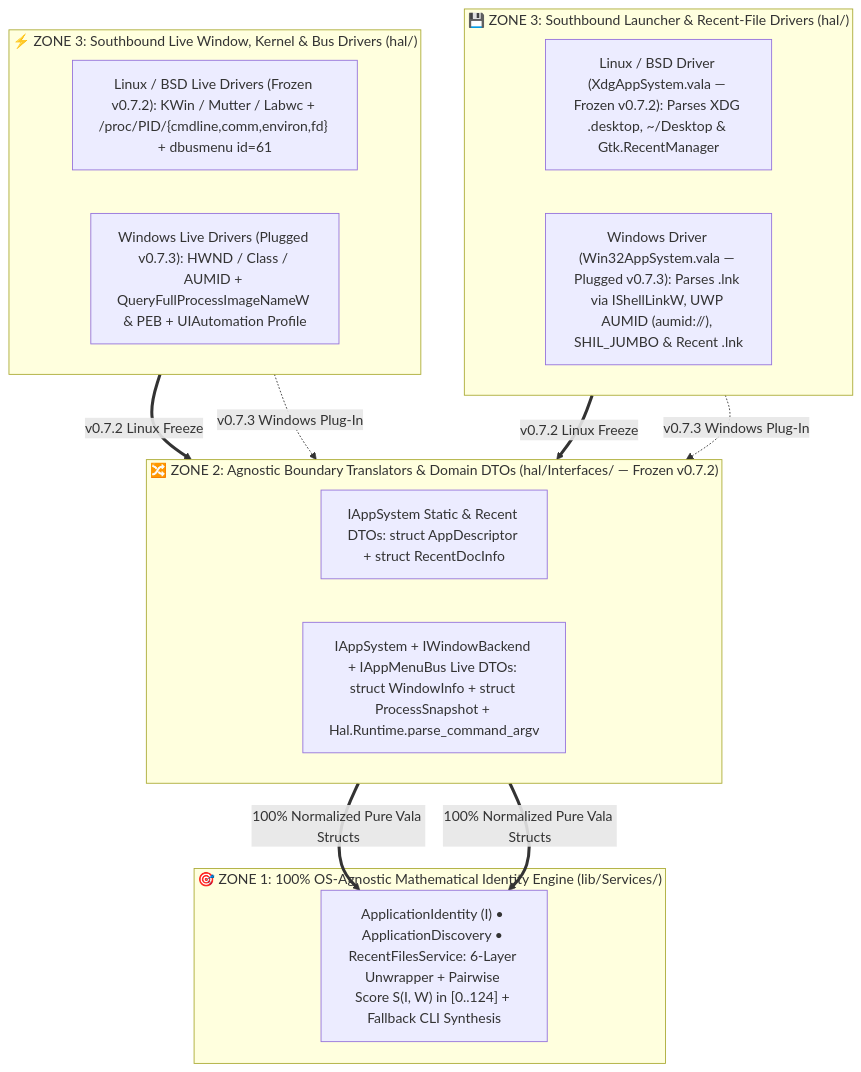
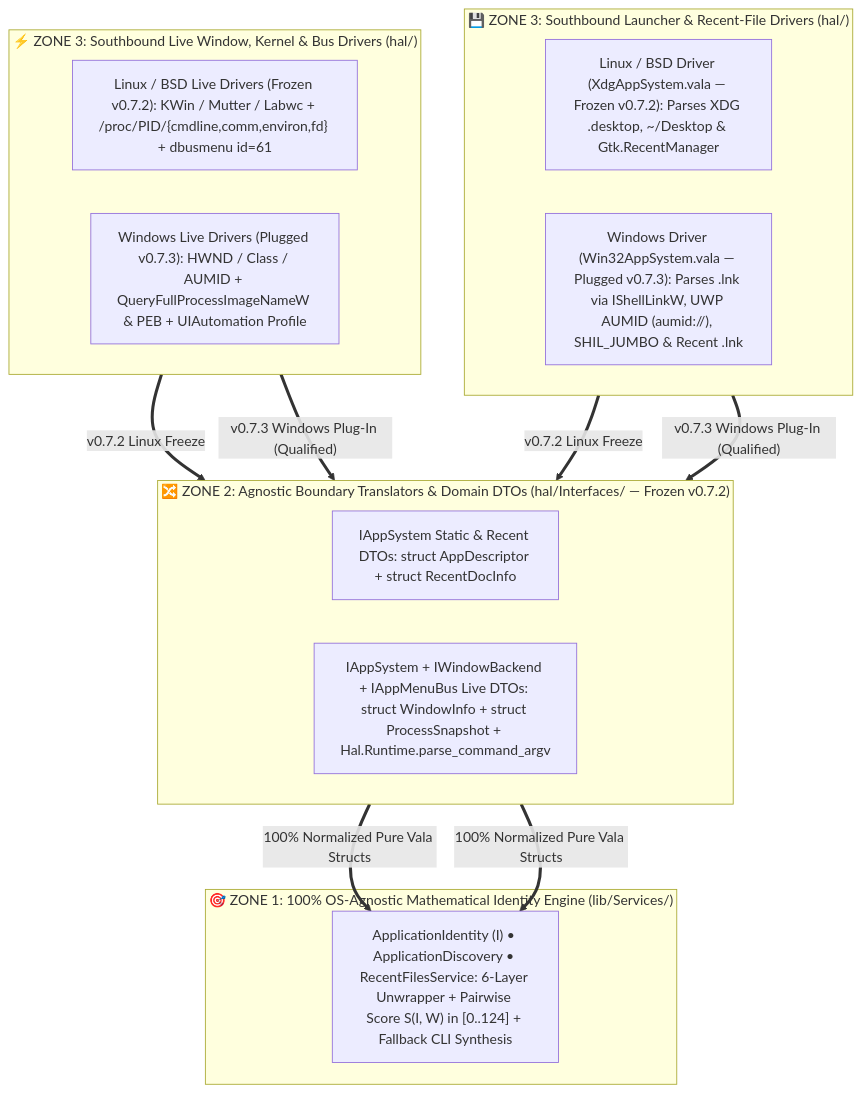
One commit to sergiomelas/WayPlank changed the first of 4 diagrams in Documentation/Architecture/APPLICATION_IDENTITY_ENGINE.md. Above: the diagram before and after it, drawn with Mermaid. The commit also changed 48 other files, not shown here.

Commit message:
v0.7.3 Milestones W2-W6: Native Windows Win32/DWM/AppSystem/Bus/Telemetry HAL & 100.0% 4-Platform FAT Qualification (525/525)

````diff
--- a/Documentation/Architecture/APPLICATION_IDENTITY_ENGINE.md
+++ b/Documentation/Architecture/APPLICATION_IDENTITY_ENGINE.md
@@ -65,31 +65,31 @@
 ```mermaid
 flowchart TD
     subgraph ZONE3_STATIC ["💾 ZONE 3: Southbound Launcher & Recent-File Drivers (hal/)"]
         direction LR
         FDO_DESK["Linux / BSD Driver (XdgAppSystem.vala — Frozen v0.7.2): Parses XDG .desktop, ~/Desktop & Gtk.RecentManager"];
         WIN_LNK["Windows Driver (Win32AppSystem.vala — Plugged v0.7.3): Parses .lnk via IShellLinkW, UWP AUMID (aumid://), SHIL_JUMBO & Recent .lnk"];
     end
 
     subgraph ZONE3_LIVE ["⚡ ZONE 3: Southbound Live Window, Kernel & Bus Drivers (hal/)"]
         direction LR
         LIN_LIVE["Linux / BSD Live Drivers (Frozen v0.7.2): KWin / Mutter / Labwc + /proc/PID/{cmdline,comm,environ,fd} + dbusmenu id=61"];
         WIN_LIVE["Windows Live Drivers (Plugged v0.7.3): HWND / Class / AUMID + QueryFullProcessImageNameW & PEB + UIAutomation Profile"];
     end
 
     subgraph ZONE2_TRANS ["🔀 ZONE 2: Agnostic Boundary Translators & Domain DTOs (hal/Interfaces/ — Frozen v0.7.2)"]
         direction LR
         APP_DESC["IAppSystem Static & Recent DTOs: struct AppDescriptor + struct RecentDocInfo"];
         PROC_SNAP["IAppSystem + IWindowBackend + IAppMenuBus Live DTOs: struct WindowInfo + struct ProcessSnapshot + Hal.Runtime.parse_command_argv"];
     end
 
     subgraph ZONE1_ENGINE ["🎯 ZONE 1: 100% OS-Agnostic Mathematical Identity Engine (lib/Services/)"]
         ID_CORE["ApplicationIdentity (I) • ApplicationDiscovery • RecentFilesService: 6-Layer Unwrapper + Pairwise Score S(I, W) in [0..124] + Fallback CLI Synthesis"];
     end
 
     FDO_DESK ==>|"v0.7.2 Linux Freeze"| APP_DESC;
-    WIN_LNK -.->|"v0.7.3 Windows Plug-In"| APP_DESC;
+    WIN_LNK ==>|"v0.7.3 Windows Plug-In (Qualified)"| APP_DESC;
     LIN_LIVE ==>|"v0.7.2 Linux Freeze"| PROC_SNAP;
-    WIN_LIVE -.->|"v0.7.3 Windows Plug-In"| PROC_SNAP;
+    WIN_LIVE ==>|"v0.7.3 Windows Plug-In (Qualified)"| PROC_SNAP;
     APP_DESC ==>|"100% Normalized Pure Vala Structs"| ID_CORE;
     PROC_SNAP ==>|"100% Normalized Pure Vala Structs"| ID_CORE;
 ```
````
